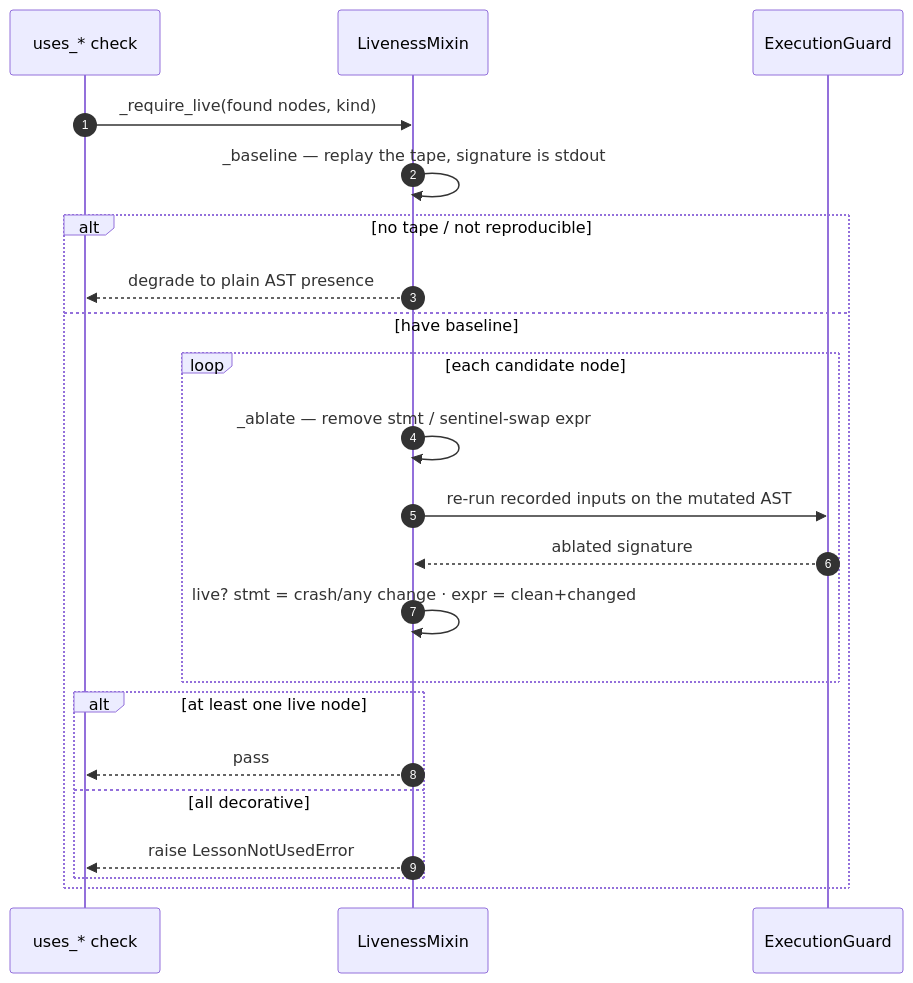
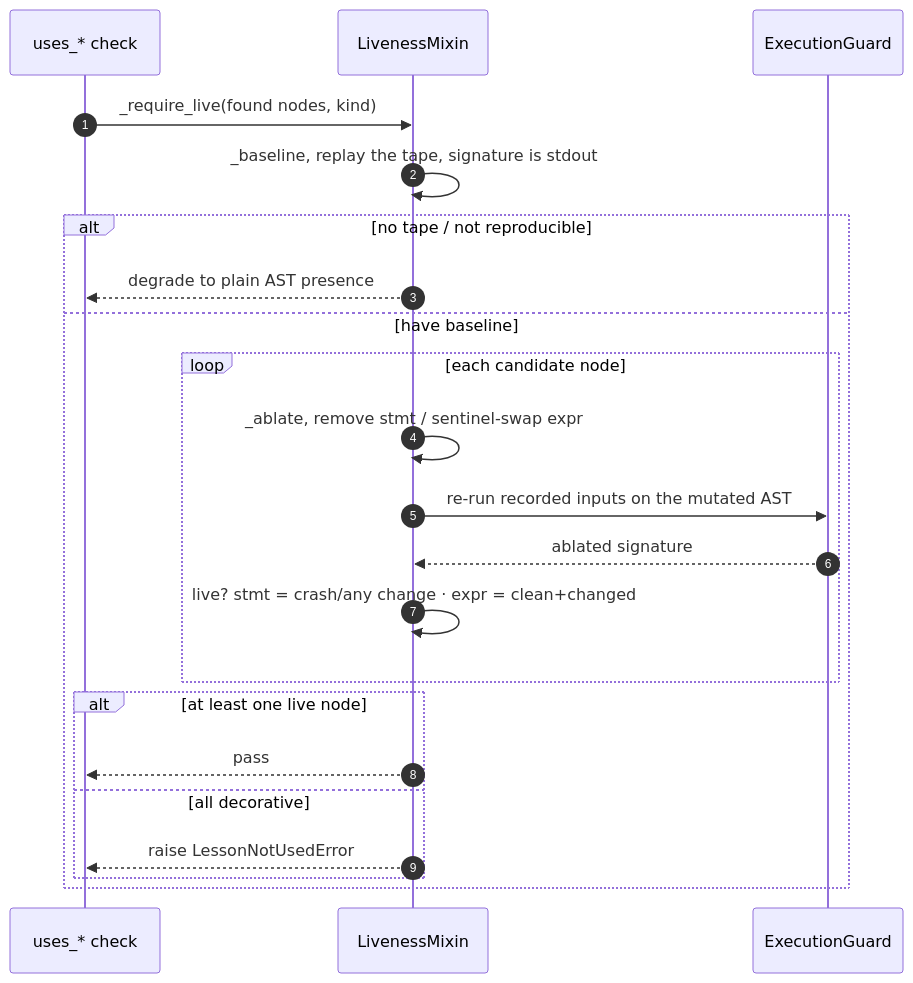
The sixth of 7 diagrams in docs/architecture/toolkit.md (N041M/PyQuest), drawn with Mermaid before and after one commit. The commit also changed other lines of this file and 10 other files, not shown here.

````diff
--- a/docs/architecture/toolkit.md
+++ b/docs/architecture/toolkit.md
@@ -168,24 +168,24 @@
 ```mermaid
 sequenceDiagram
     autonumber
     participant C as uses_* check
     participant L as LivenessMixin
     participant G as ExecutionGuard
     C->>L: _require_live(found nodes, kind)
-    L->>L: _baseline — replay the tape, signature is stdout
+    L->>L: _baseline, replay the tape, signature is stdout
     alt no tape / not reproducible
         L-->>C: degrade to plain AST presence
     else have baseline
         loop each candidate node
-            L->>L: _ablate — remove stmt / sentinel-swap expr
+            L->>L: _ablate, remove stmt / sentinel-swap expr
             L->>G: re-run recorded inputs on the mutated AST
             G-->>L: ablated signature
             L->>L: live? stmt = crash/any change · expr = clean+changed
         end
         alt at least one live node
             L-->>C: pass
         else all decorative
             L-->>C: raise LessonNotUsedError
         end
     end
 ```
````
